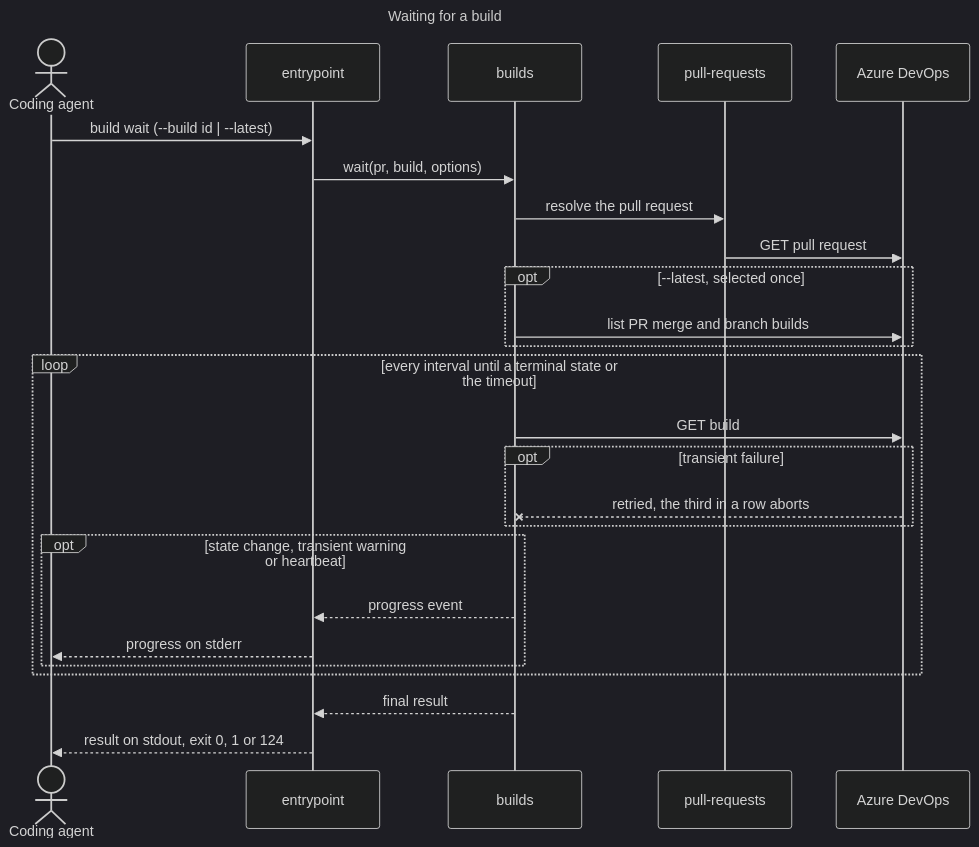
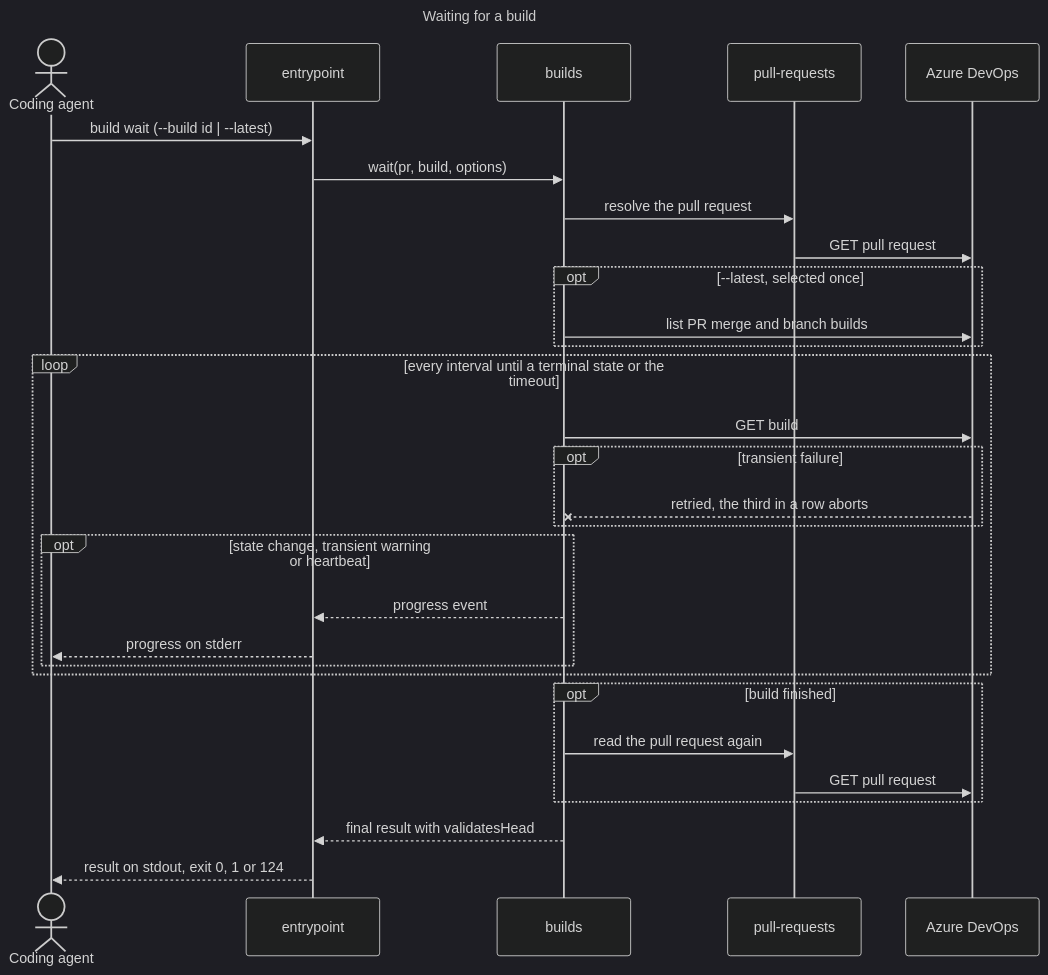
One commit to remshams/ado-pr changed the fifth of 5 diagrams in docs/architecture/architecture.md. Above: the diagram before and after it, drawn with Mermaid (dark theme). The commit also changed other lines of this file and 1 other file, not shown here.

Commit message:
docs(Architecture): show the final PR read in the build wait flow

````diff
--- a/docs/architecture/architecture.md
+++ b/docs/architecture/architecture.md
@@ -196,30 +196,34 @@
 ```mermaid
 ---
 title: Waiting for a build
 ---
 sequenceDiagram
     actor Agent as Coding agent
     participant Entry as entrypoint
     participant Builds as builds
     participant Prs as pull-requests
     participant Azure as Azure DevOps
     Agent->>Entry: build wait (--build id | --latest)
     Entry->>Builds: wait(pr, build, options)
     Builds->>Prs: resolve the pull request
     Prs->>Azure: GET pull request
     opt --latest, selected once
         Builds->>Azure: list PR merge and branch builds
     end
     loop every interval until a terminal state or the timeout
         Builds->>Azure: GET build
         opt transient failure
             Azure--xBuilds: retried, the third in a row aborts
         end
         opt state change, transient warning or heartbeat
             Builds-->>Entry: progress event
             Entry-->>Agent: progress on stderr
         end
     end
-    Builds-->>Entry: final result
+    opt build finished
+        Builds->>Prs: read the pull request again
+        Prs->>Azure: GET pull request
+    end
+    Builds-->>Entry: final result with validatesHead
     Entry-->>Agent: result on stdout, exit 0, 1 or 124
 ```
````
